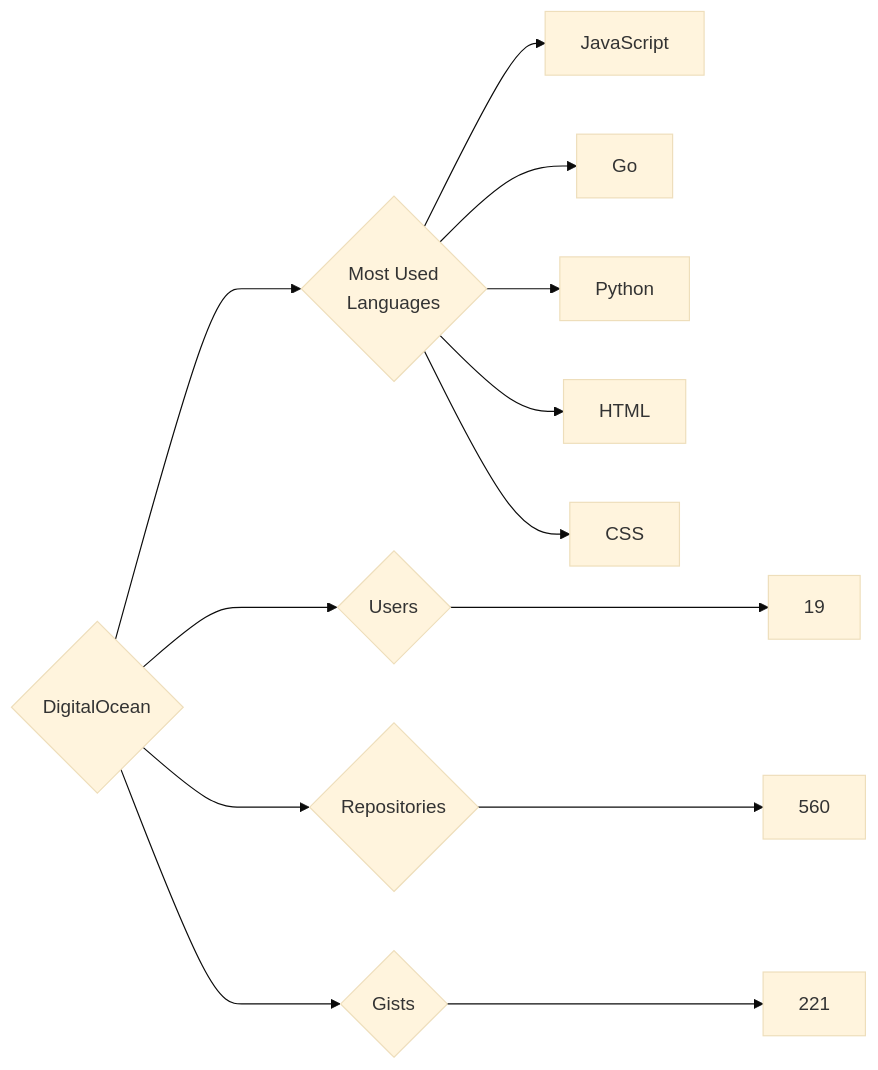
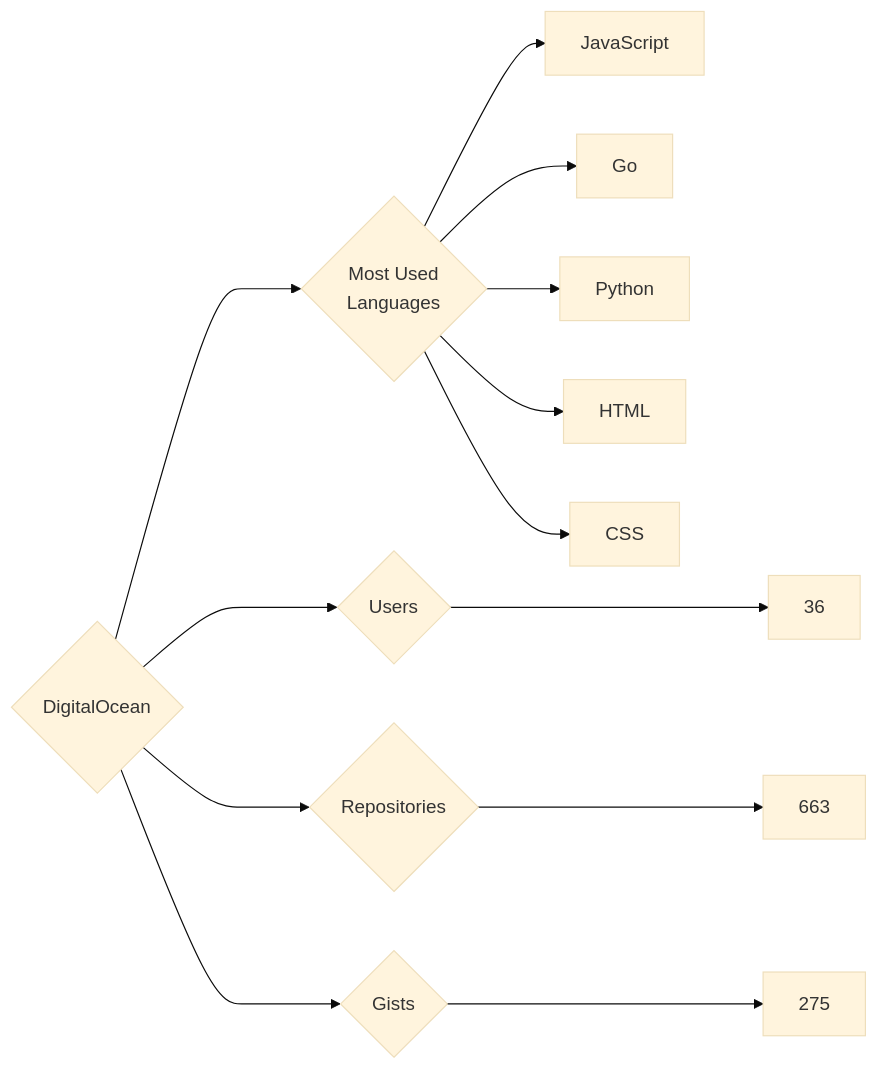
The diagram in targets/DigitalOcean/README.md (trickest/insiders), drawn with Mermaid (base theme) before and after one commit. The commit also changed 912 other files, not shown here.

````diff
--- a/targets/DigitalOcean/README.md
+++ b/targets/DigitalOcean/README.md
@@ -3,13 +3,13 @@
 ```mermaid
 graph LR
 COMPANY_NAME{DigitalOcean}
-COMPANY_NAME ---> U{Users} ---> UN[19]
-COMPANY_NAME ---> R{Repositories} ---> RN[560]
-COMPANY_NAME ---> G{Gists} ---> GN[221]
+COMPANY_NAME ---> U{Users} ---> UN[36]
+COMPANY_NAME ---> R{Repositories} ---> RN[663]
+COMPANY_NAME ---> G{Gists} ---> GN[275]
 COMPANY_NAME ---> ML{Most Used<br>Languages}
 ML --> JavaScript[JavaScript]
 ML --> Go[Go]
 ML --> Python[Python]
 ML --> HTML[HTML]
 ML --> CSS[CSS]
 ```
````
